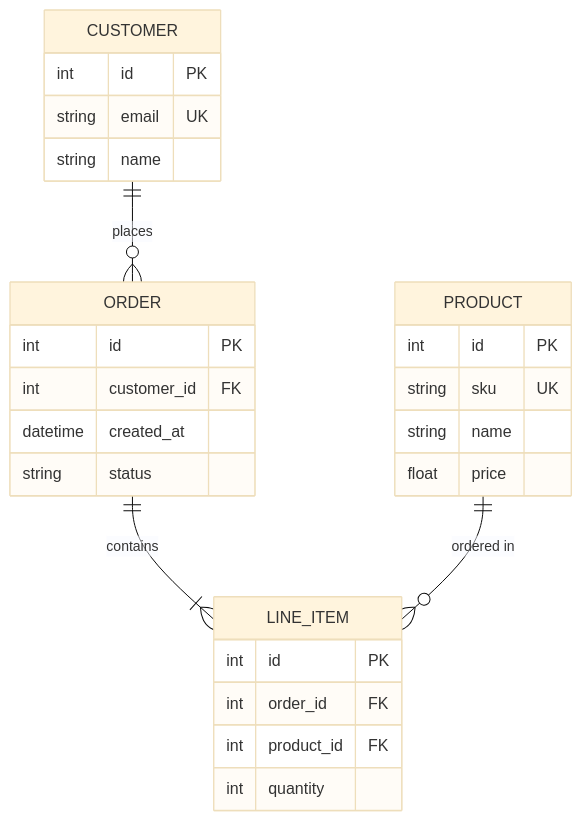
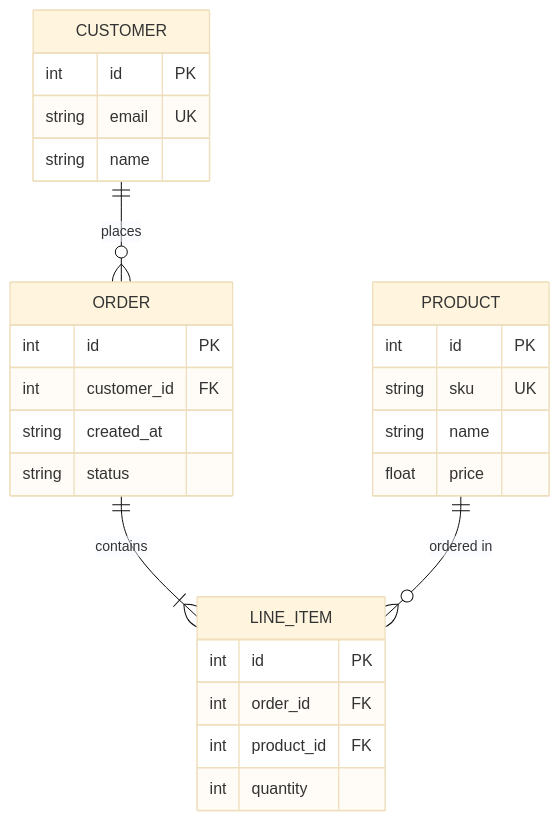
Before and after one commit to iamvaleriofantozzi/mermaid-design: the diagram in examples/er.mmd, drawn with Mermaid (base theme). The commit also changed 3 other files, not shown here.

First line of the commit message:
fix: ER datetime→string, remove %% comments from timeline/quadrant/ER examples

````diff
--- a/examples/er.mmd
+++ b/examples/er.mmd
@@ -1,29 +1,29 @@
 ```mermaid
 erDiagram
     CUSTOMER ||--o{ ORDER : places
     CUSTOMER {
         int id PK
         string email UK
         string name
     }
     ORDER ||--|{ LINE_ITEM : contains
     ORDER {
         int id PK
         int customer_id FK
-        datetime created_at
+        string created_at
         string status
     }
     LINE_ITEM {
         int id PK
         int order_id FK
         int product_id FK
         int quantity
     }
     PRODUCT ||--o{ LINE_ITEM : "ordered in"
     PRODUCT {
         int id PK
         string sku UK
         string name
         float price
     }
 ```
````
